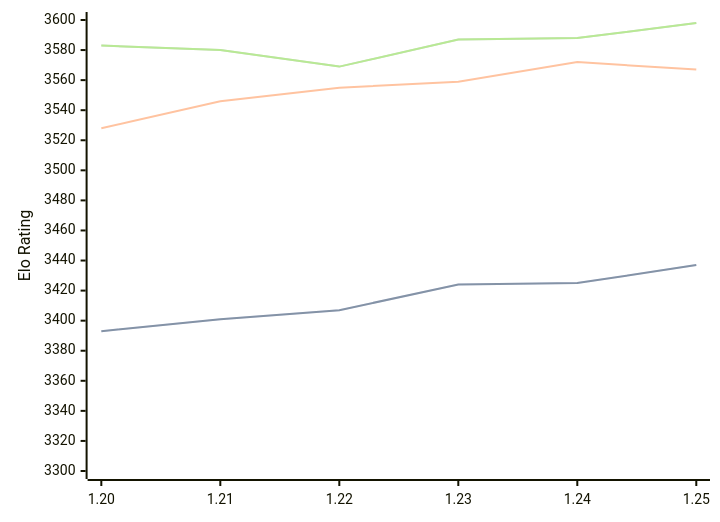
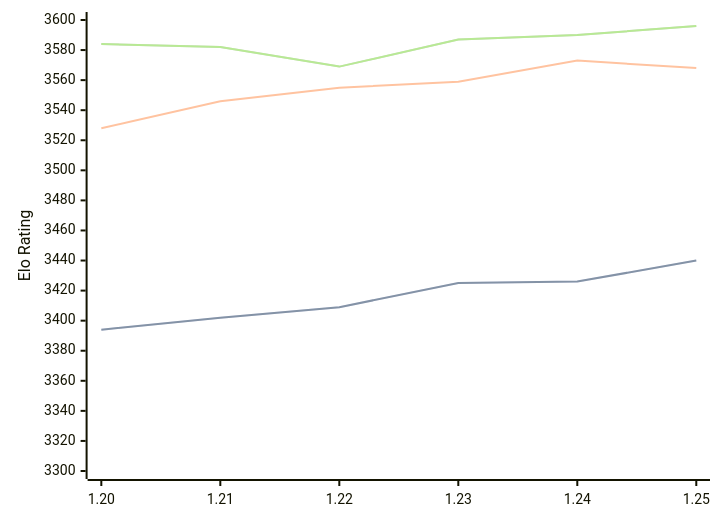
The diagram in engines/Caissa.md (computer-chess-index/cci), drawn with Mermaid before and after one commit. The commit also changed other lines of this file, not shown here.

Commit message:
Update CCI Ratings (ELO VLTC) - 2026-04-19

````diff
--- a/engines/Caissa.md
+++ b/engines/Caissa.md
@@ -65,11 +65,11 @@
 ```mermaid
 %%{init: {"theme":"base","themeVariables":{"seriesColors:['#a3a3a3','#222221','#faa371']}}}%%
 xychart-beta
   x-axis ["1.20", "1.21", "1.22", "1.23", "1.24", "1.25"]
   y-axis "Elo Rating" 3300 --> 3600
-  line "STC (8.0+0.08s)" [3393, 3401, 3407, 3424, 3425, 3437]
-  line "STC (8.0+0.08s)" [3393, 3401, 3407, 3424, 3425, 3437]
-  line "LTC (60.0+0.60s)" [3528, 3546, 3555, 3559, 3572, 3567]
-  line "VLTC (2m24s+1.12s)" [3583, 3580, 3569, 3587, 3588, 3598]
-  line "VLTC (2m24s+1.12s)" [3583, 3580, 3569, 3587, 3588, 3598]
+  line "STC (8.0+0.08s)" [3394, 3402, 3409, 3425, 3426, 3440]
+  line "STC (8.0+0.08s)" [3394, 3402, 3409, 3425, 3426, 3440]
+  line "LTC (60.0+0.60s)" [3528, 3546, 3555, 3559, 3573, 3568]
+  line "VLTC (2m24s+1.12s)" [3584, 3582, 3569, 3587, 3590, 3596]
+  line "VLTC (2m24s+1.12s)" [3584, 3582, 3569, 3587, 3590, 3596]
 ```
````
